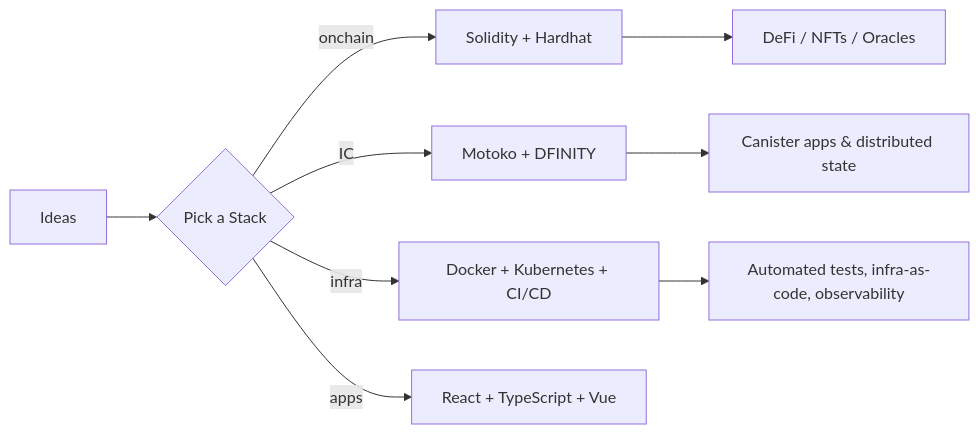
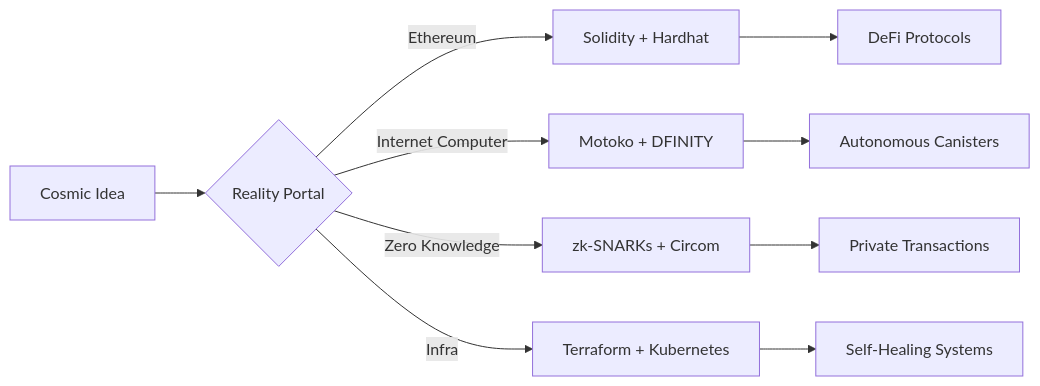
The diagram in README.md (Chrispin-m/Chrispin-m), drawn with Mermaid before and after one commit. The commit also changed other lines of this file, not shown here.

`````diff
--- a/README.md
+++ b/README.md
@@ -117,11 +139,12 @@
 ```mermaid
 flowchart LR
-  A[Ideas] --> B{Pick a Stack}
-  B -->|onchain| C[Solidity + Hardhat]
-  B -->|IC| D[Motoko + DFINITY]
-  B -->|infra| E[Docker + Kubernetes + CI/CD]
-  B -->|apps| F[React + TypeScript + Vue]
-  C --> G[DeFi / NFTs / Oracles]
-  D --> H[Canister apps & distributed state]
-  E --> I[Automated tests, infra-as-code, observability]
-````
+  A[Cosmic Idea] --> B{Reality Portal}
+  B -->|Ethereum| C[Solidity + Hardhat]
+  B -->|Internet Computer| D[Motoko + DFINITY]
+  B -->|Zero Knowledge| E[zk-SNARKs + Circom]
+  B -->|Infra| F[Terraform + Kubernetes]
+  C --> G[DeFi Protocols]
+  D --> H[Autonomous Canisters]
+  E --> I[Private Transactions]
+  F --> J[Self-Healing Systems]
+```
`````
